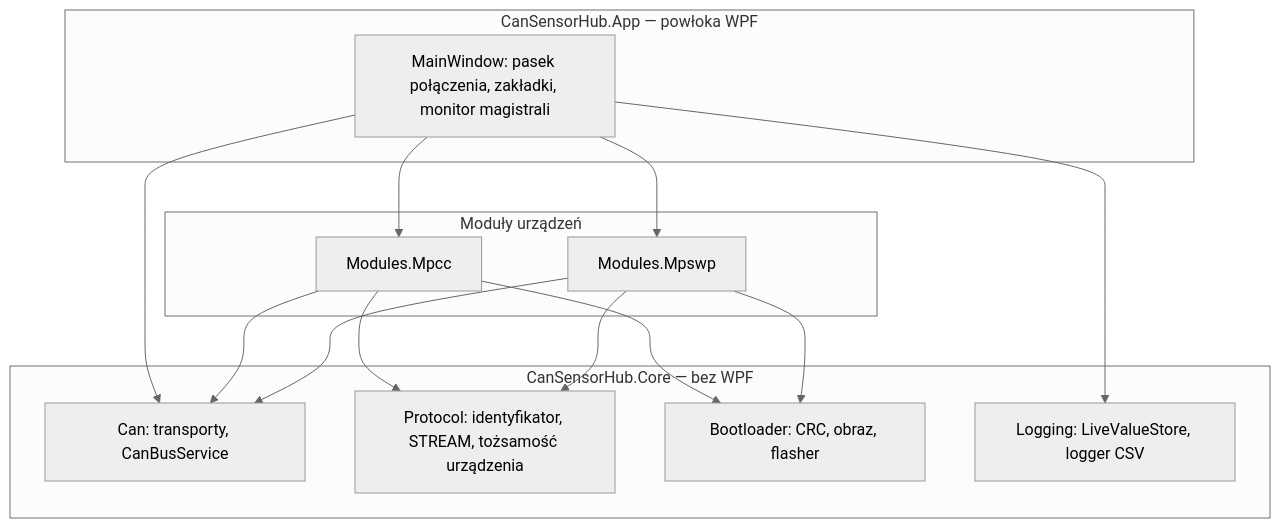
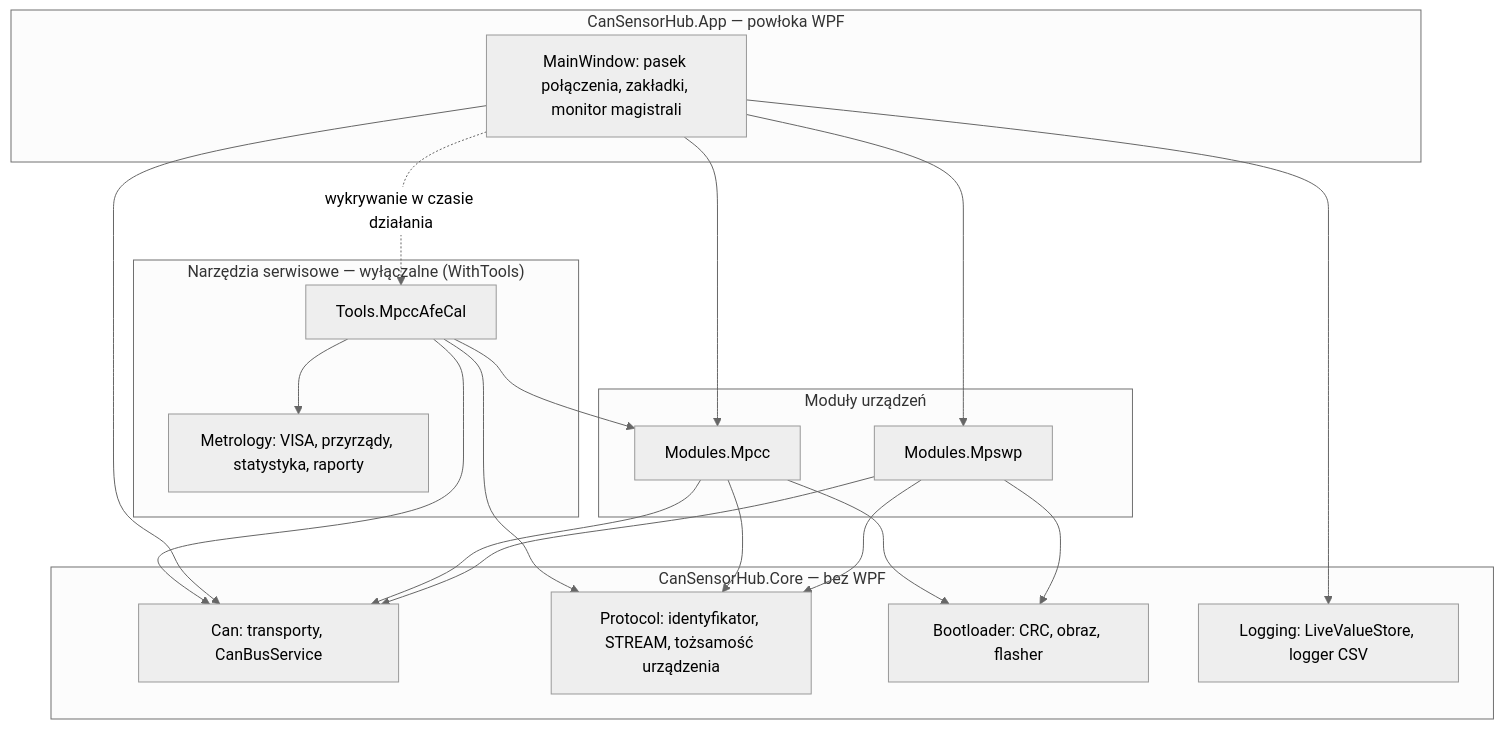
The diagram in docs/architektura.md (bartkepl/CanSensorHub), drawn with Mermaid (neutral theme) before and after one commit. The commit also changed other lines of this file and 8 other files, not shown here.

First line of the commit message:
docs: narzedzia serwisowe, kalibracja wejsc MPCC, rejestr ADR

````diff
--- a/docs/architektura.md
+++ b/docs/architektura.md
@@ -6,19 +7,26 @@
 ```mermaid
 flowchart TB
     subgraph APP["CanSensorHub.App — powłoka WPF"]
         MW[MainWindow: pasek połączenia, zakładki, monitor magistrali]
     end
     subgraph MOD["Moduły urządzeń"]
         M1[Modules.Mpswp]
         M2[Modules.Mpcc]
+    end
+    subgraph TOOLS["Narzędzia serwisowe — wyłączalne (WithTools)"]
+        T1[Tools.MpccAfeCal]
+        MET[Metrology: VISA, przyrządy, statystyka, raporty]
     end
     subgraph CORE["CanSensorHub.Core — bez WPF"]
         CAN[Can: transporty, CanBusService]
         PROT[Protocol: identyfikator, STREAM, tożsamość urządzenia]
         BL[Bootloader: CRC, obraz, flasher]
         LOG[Logging: LiveValueStore, logger CSV]
     end
     MW --> M1 & M2
     M1 & M2 --> CAN & PROT & BL
     MW --> CAN & LOG
+    MW -. wykrywanie w czasie działania .-> T1
+    T1 --> MET
+    T1 --> M2 & CAN & PROT
 ```
````
